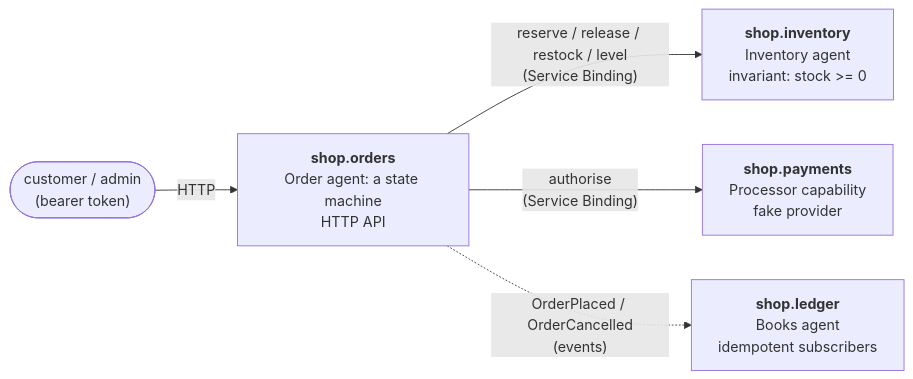
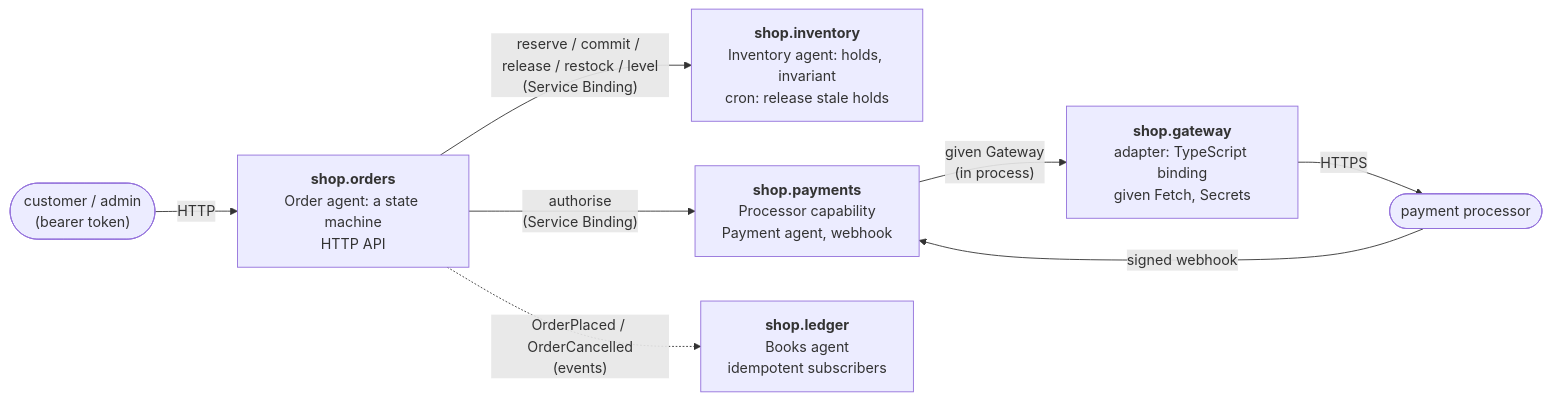
One commit to bynk-lang/shop changed the diagram in README.md. Above: the diagram before and after it, drawn with Mermaid. The commit also changed other lines of this file and 12 other files, not shown here.

First line of the commit message:
Add a real payment processor, a stale-reservation sweeper, and richer storage

````diff
--- a/README.md
+++ b/README.md
@@ -11,7 +12,10 @@
 ```mermaid
 flowchart LR
   customer(["customer / admin<br/>(bearer token)"]) -- HTTP --> orders
-  orders["<b>shop.orders</b><br/>Order agent: a state machine<br/>HTTP API"] -- "reserve / release / restock / level<br/>(Service Binding)" --> inventory["<b>shop.inventory</b><br/>Inventory agent<br/>invariant: stock >= 0"]
-  orders -- "authorise<br/>(Service Binding)" --> payments["<b>shop.payments</b><br/>Processor capability<br/>fake provider"]
+  orders["<b>shop.orders</b><br/>Order agent: a state machine<br/>HTTP API"] -- "reserve / commit / release / restock / level<br/>(Service Binding)" --> inventory["<b>shop.inventory</b><br/>Inventory agent: holds, invariant<br/>cron: release stale holds"]
+  orders -- "authorise<br/>(Service Binding)" --> payments["<b>shop.payments</b><br/>Processor capability<br/>Payment agent, webhook"]
+  payments -- "given Gateway<br/>(in process)" --> gateway["<b>shop.gateway</b><br/>adapter: TypeScript binding<br/>given Fetch, Secrets"]
+  gateway -- "HTTPS" --> processor(["payment processor"])
+  processor -- "signed webhook" --> payments
   orders -. "OrderPlaced / OrderCancelled<br/>(events)" .-> ledger["<b>shop.ledger</b><br/>Books agent<br/>idempotent subscribers"]
 ```
````
